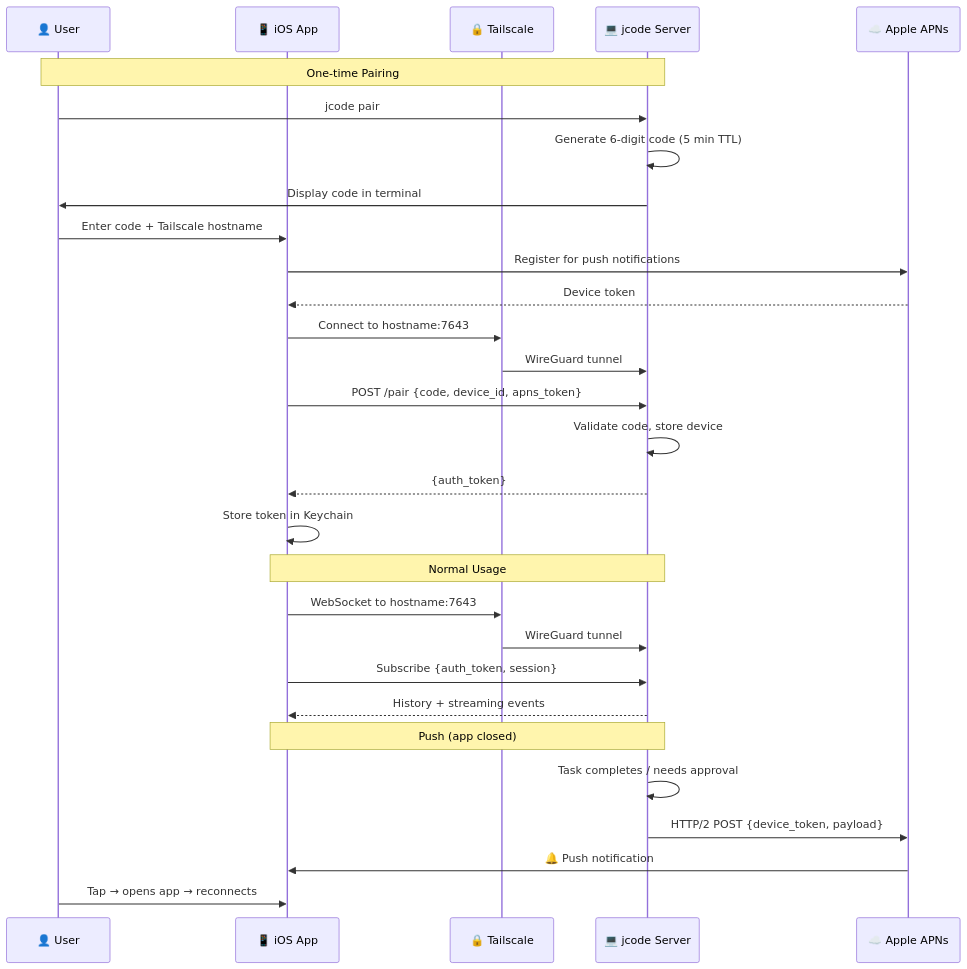
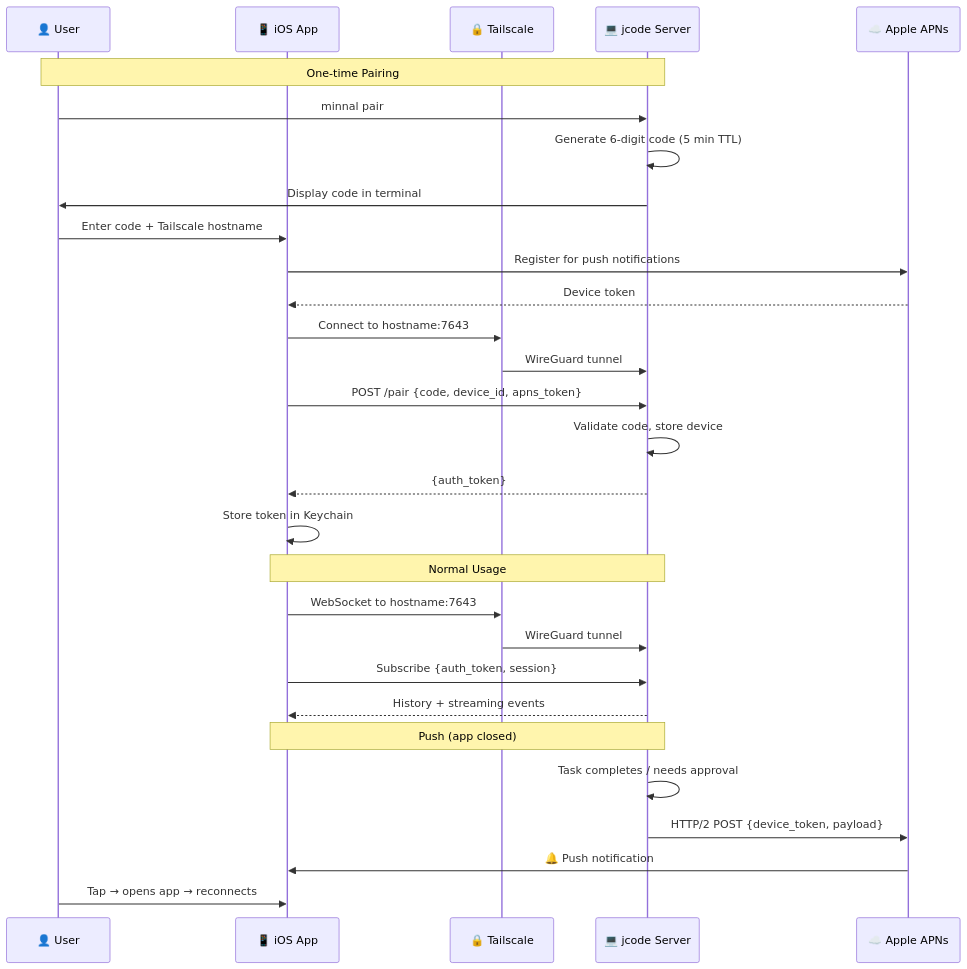
Before and after one commit to iamrohithrnair/minnal: the second of 2 diagrams in docs/IOS_CLIENT.md, drawn with Mermaid. The commit also changed other lines of this file and 120 other files, not shown here.

````diff
--- a/docs/IOS_CLIENT.md
+++ b/docs/IOS_CLIENT.md
@@ -98,34 +98,34 @@
 ```mermaid
 sequenceDiagram
     participant U as 👤 User
     participant T as 📱 iOS App
     participant TS as 🔒 Tailscale
     participant S as 💻 jcode Server
     participant A as ☁️ Apple APNs
 
     Note over U,S: One-time Pairing
-    U->>S: jcode pair
+    U->>S: minnal pair
     S->>S: Generate 6-digit code (5 min TTL)
     S->>U: Display code in terminal
     U->>T: Enter code + Tailscale hostname
     T->>A: Register for push notifications
     A-->>T: Device token
     T->>TS: Connect to hostname:7643
     TS->>S: WireGuard tunnel
     T->>S: POST /pair {code, device_id, apns_token}
     S->>S: Validate code, store device
     S-->>T: {auth_token}
     T->>T: Store token in Keychain
 
     Note over T,S: Normal Usage
     T->>TS: WebSocket to hostname:7643
     TS->>S: WireGuard tunnel
     T->>S: Subscribe {auth_token, session}
     S-->>T: History + streaming events
 
     Note over T,S: Push (app closed)
     S->>S: Task completes / needs approval
     S->>A: HTTP/2 POST {device_token, payload}
     A->>T: 🔔 Push notification
     U->>T: Tap → opens app → reconnects
 ```
````
